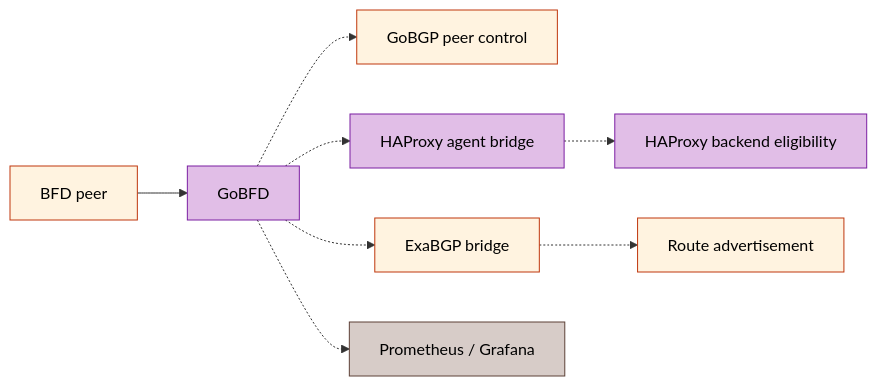
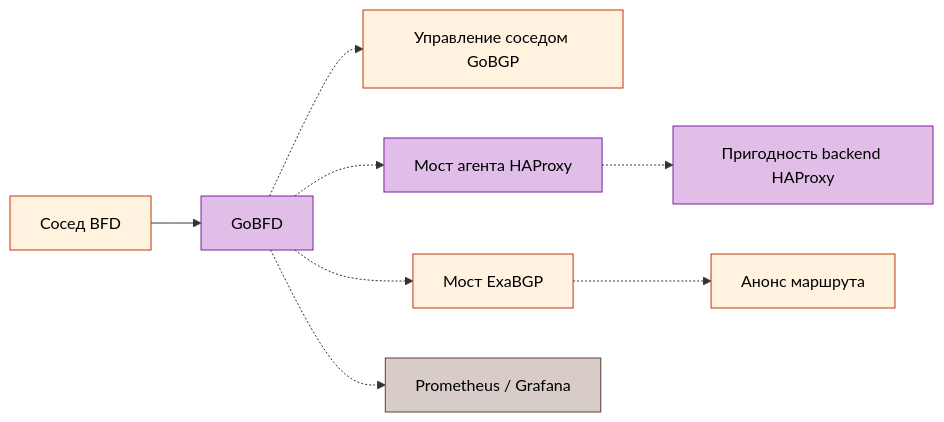
One commit to dantte-lp/gobfd changed the diagram in docs/ru/11-integrations.md. Above: the diagram before and after it, drawn with Mermaid. The commit also changed other lines of this file and 95 other files, not shown here.

````diff
--- a/docs/ru/11-integrations.md
+++ b/docs/ru/11-integrations.md
@@ -5,13 +7,15 @@
 ```mermaid
 flowchart LR
-  peer["BFD peer"]:::brt --> daemon["GoBFD"]:::srv
-  daemon -.-> bgp["GoBGP peer control"]:::brt
-  daemon -.-> agent["HAProxy agent bridge"]:::srv
-  daemon -.-> exa["ExaBGP bridge"]:::brt
+  accTitle: Потребители состояния BFD
+  accDescr: Демон наблюдает соседа BFD; маршрутизация, пригодность backend и наблюдаемость остаются отдельными потребителями.
+  peer["Сосед BFD"]:::brt --> daemon["GoBFD"]:::srv
+  daemon -.-> bgp["Управление соседом GoBGP"]:::brt
+  daemon -.-> agent["Мост агента HAProxy"]:::srv
+  daemon -.-> exa["Мост ExaBGP"]:::brt
   daemon -.-> obs["Prometheus / Grafana"]:::mgt
-  agent -.-> hap["HAProxy backend eligibility"]:::srv
-  exa -.-> rib["Route advertisement"]:::brt
+  agent -.-> hap["Пригодность backend HAProxy"]:::srv
+  exa -.-> rib["Анонс маршрута"]:::brt
   classDef srv fill:#e1bee7,stroke:#7b1fa2,color:#000
   classDef mgt fill:#d7ccc8,stroke:#5d4037,color:#000
   classDef brt fill:#fff3e0,stroke:#bf360c,color:#000
 ```
````
